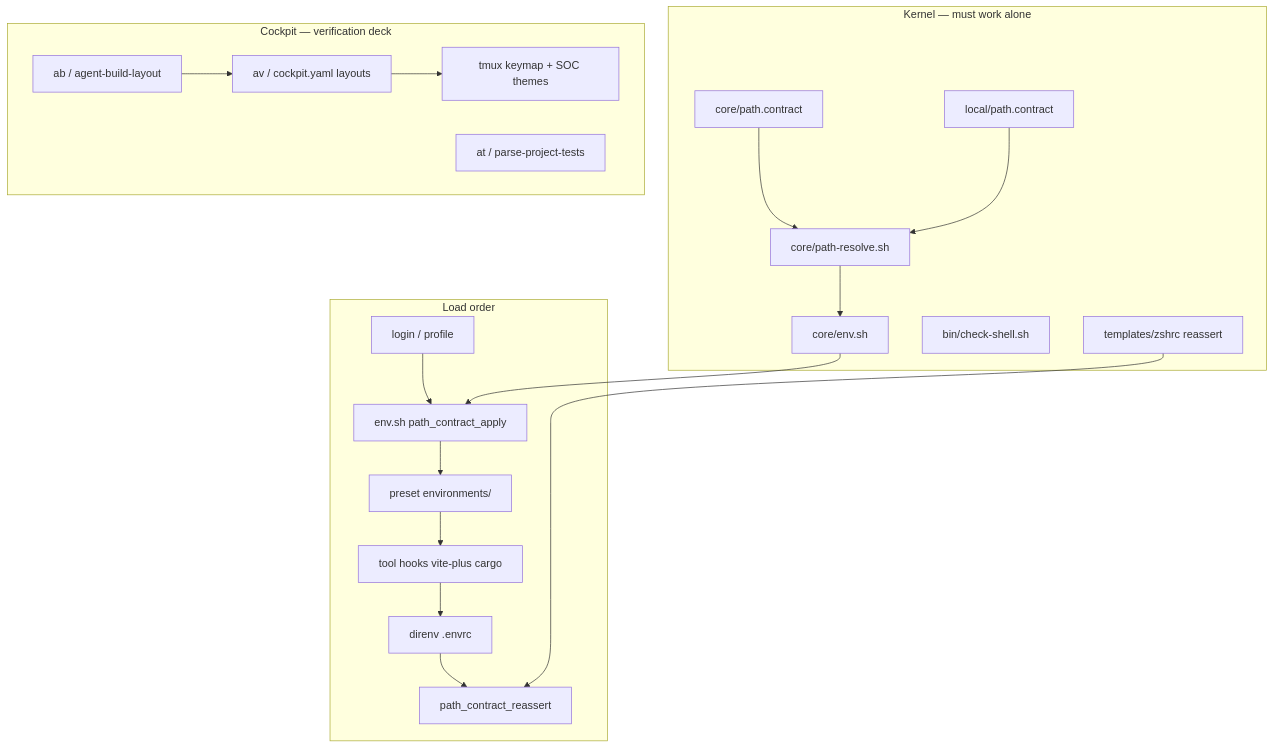
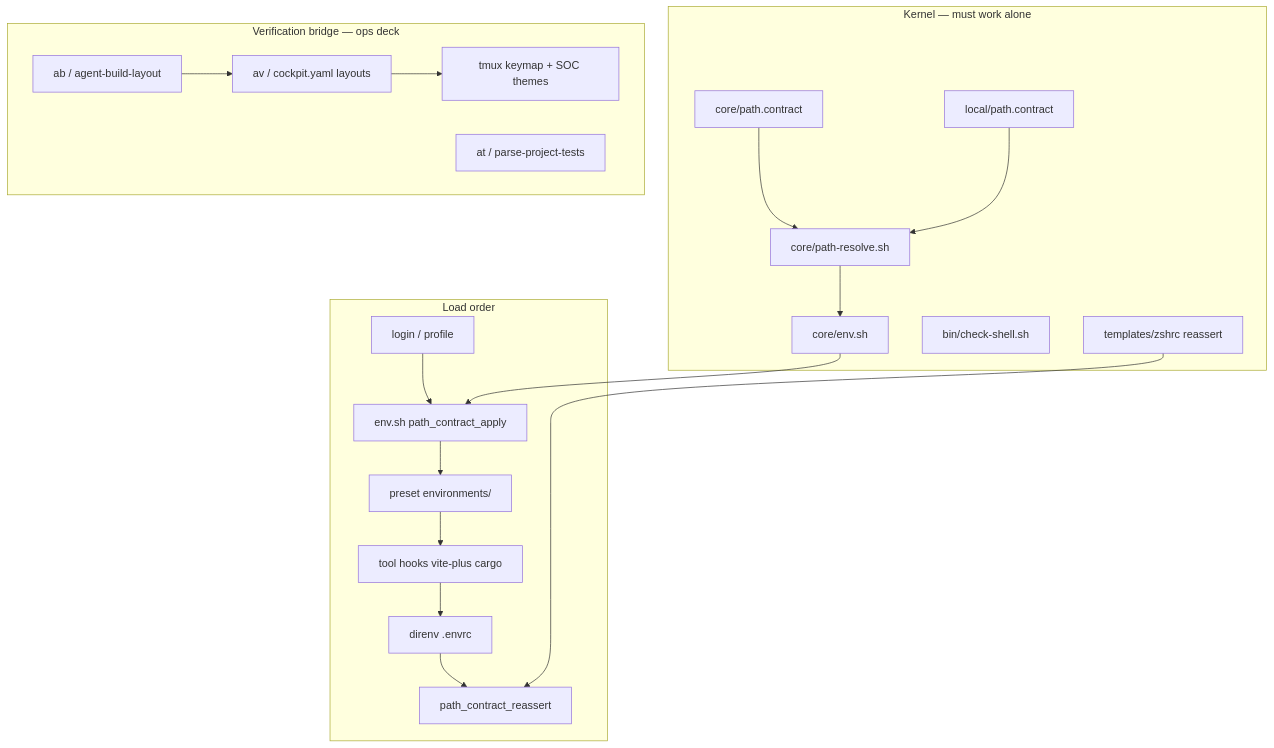
Before and after one commit to p10ns11y/shellyxz.sh: the third of 14 diagrams in arch-design/coming-next.md, drawn with Mermaid. The commit also changed other lines of this file, not shown here.

````diff
--- a/arch-design/coming-next.md
+++ b/arch-design/coming-next.md
@@ -102,36 +102,36 @@
 ```mermaid
 flowchart TB
   subgraph kernel["Kernel — must work alone"]
     PC[core/path.contract]
     LC[local/path.contract]
     PR[core/path-resolve.sh]
     EN[core/env.sh]
     CH[bin/check-shell.sh]
     RC[templates/zshrc reassert]
   end
 
   subgraph layers["Load order"]
     L1[login / profile]
     L2[env.sh path_contract_apply]
     L3[preset environments/]
     L4[tool hooks vite-plus cargo]
     L5[direnv .envrc]
     L6[path_contract_reassert]
   end
 
-  subgraph plugin["Cockpit — verification deck"]
+  subgraph plugin["Verification bridge — ops deck"]
     AB[ab / agent-build-layout]
     AV[av / cockpit.yaml layouts]
     AT[at / parse-project-tests]
     TM[tmux keymap + SOC themes]
   end
 
   L1 --> L2 --> L3 --> L4 --> L5 --> L6
   PC --> PR
   LC --> PR
   PR --> EN
   EN --> L2
   RC --> L6
   AB --> AV
   AV --> TM
 ```
````
